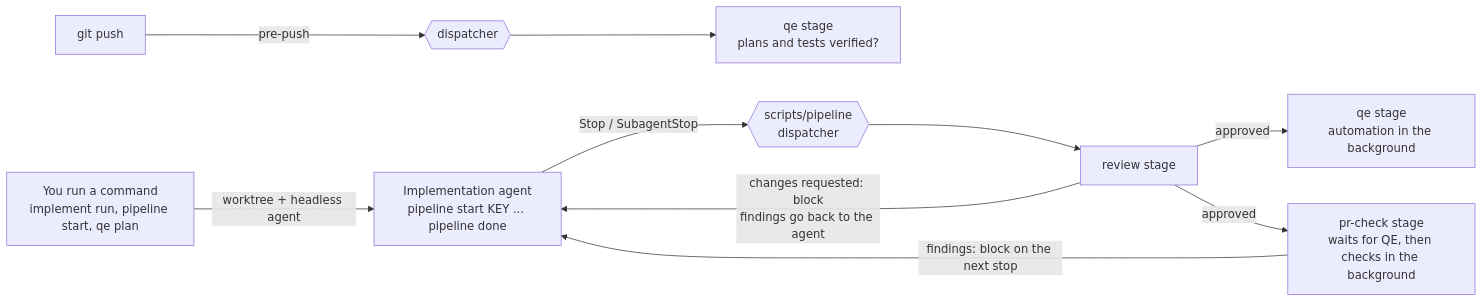
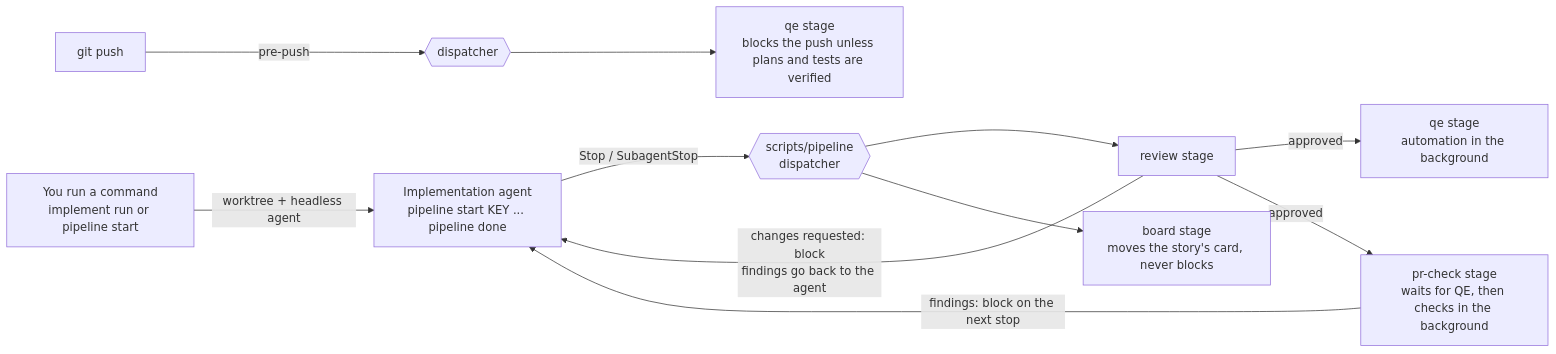
The first of 3 diagrams in docs/ai-pipeline/README.md (armandodollia-slalom/AI-Immersion-eShop), drawn with Mermaid before and after one commit.

Commit message:
docs(ai-pipeline): sync pipeline overview diagram with current stages
Add the board stage, drop qe plan from the entry node, and state that the pre-push QE gate blocks the push.

````diff
--- a/docs/ai-pipeline/README.md
+++ b/docs/ai-pipeline/README.md
@@ -27,11 +27,12 @@
 ```mermaid
 flowchart LR
-  C[You run a command<br/>implement run, pipeline start, qe plan] -->|worktree + headless agent| I
+  C[You run a command<br/>implement run or pipeline start] -->|worktree + headless agent| I
   I[Implementation agent<br/>pipeline start KEY ... pipeline done] -->|Stop / SubagentStop| D{{scripts/pipeline<br/>dispatcher}}
   D --> R[review stage]
   R -->|changes requested: block<br/>findings go back to the agent| I
   R -->|approved| Q[qe stage<br/>automation in the background]
   R -->|approved| PC[pr-check stage<br/>waits for QE, then checks in the background]
   PC -->|findings: block on the next stop| I
-  P[git push] -->|pre-push| D3{{dispatcher}} --> QC[qe stage<br/>plans and tests verified?]
+  D --> B[board stage<br/>moves the story's card, never blocks]
+  P[git push] -->|pre-push| D3{{dispatcher}} --> QC[qe stage<br/>blocks the push unless plans and tests are verified]
 ```
````
